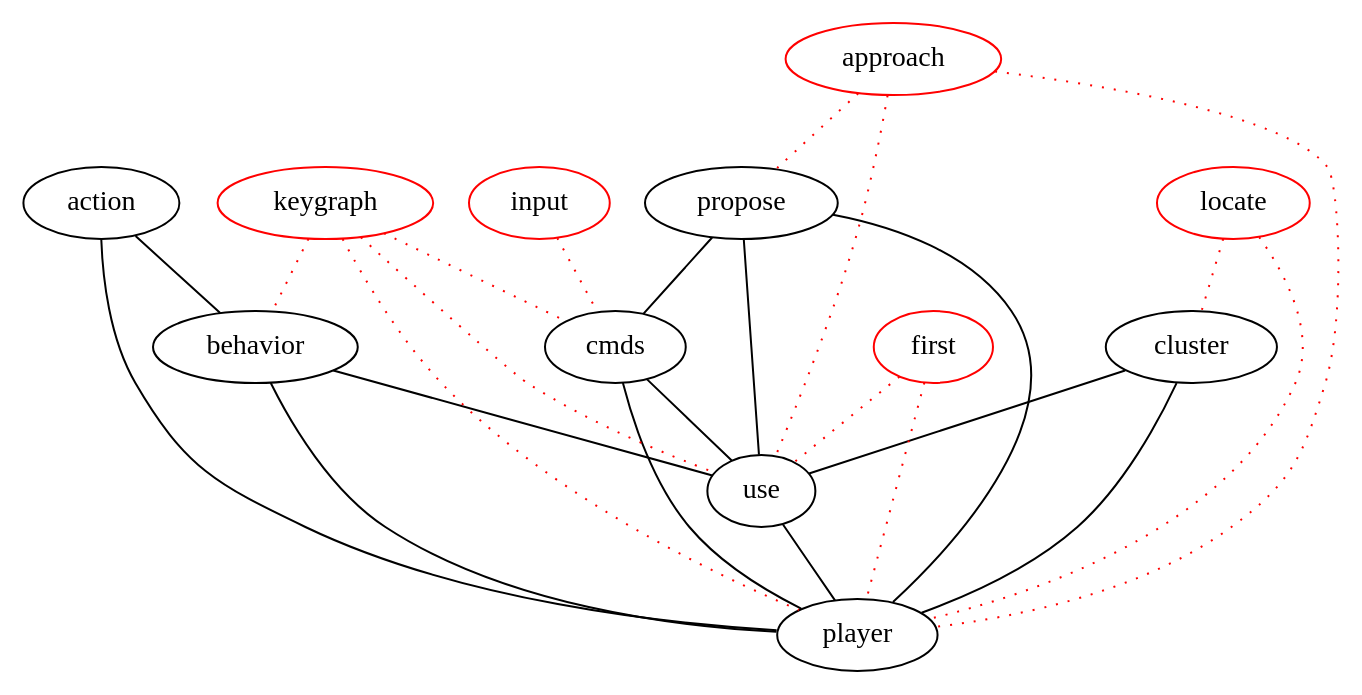
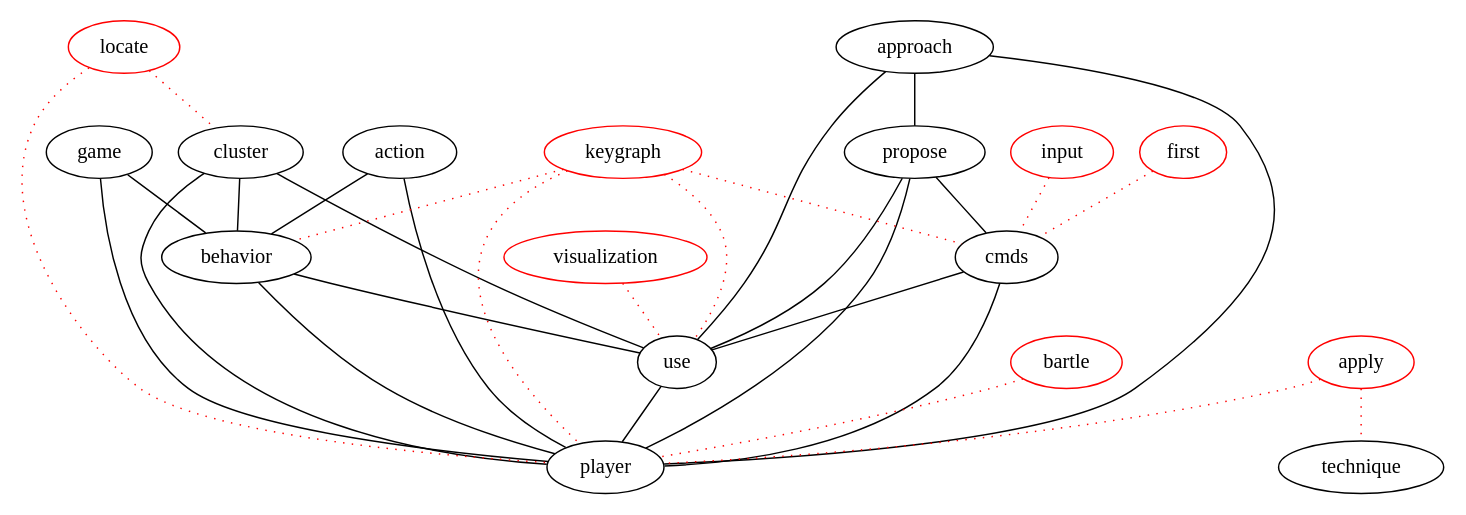
Before and after one commit to michaelweiss/keygraph: the diagram in dot/abstract.dot, drawn with Graphviz. The commit also changed 3 other files, not shown here.

```diff
--- a/dot/abstract.dot
+++ b/dot/abstract.dot
@@ -1,39 +1,49 @@
 graph keygraph {
 graph [size="10,10"]
+use [color="black"]
+action [color="black"]
+approach [color="black"]
+propose [color="black"]
+game [color="black"]
+player [color="black"]
 cmds [color="black"]
 cluster [color="black"]
-propose [color="black"]
-player [color="black"]
-use [color="black"]
 behavior [color="black"]
-action [color="black"]
+first [color="red"]
+bartle [color="red"]
+apply [color="red"]
 keygraph [color="red"]
+locate [color="red"]
 input [color="red"]
-locate [color="red"]
-approach [color="red"]
-first [color="red"]
+visualization [color="red"]
+game--behavior
+cluster--behavior
+approach--propose
+approach--use
+approach--player
 action--behavior
 propose--cmds
 propose--use
 propose--player
 behavior--use
 cluster--use
 cmds--use
 action--player
+game--player
 cluster--player
 cmds--player
 use--player
 behavior--player
-first--player [color="red", style="dotted"]
-first--use [color="red", style="dotted"]
+first--cmds [color="red", style="dotted"]
+visualization--use [color="red", style="dotted"]
+bartle--player [color="red", style="dotted"]
+locate--player [color="red", style="dotted"]
 locate--cluster [color="red", style="dotted"]
-locate--player [color="red", style="dotted"]
+apply--technique [color="red", style="dotted"]
+apply--player [color="red", style="dotted"]
+keygraph--use [color="red", style="dotted"]
+keygraph--player [color="red", style="dotted"]
 keygraph--cmds [color="red", style="dotted"]
-keygraph--player [color="red", style="dotted"]
-keygraph--use [color="red", style="dotted"]
 keygraph--behavior [color="red", style="dotted"]
 input--cmds [color="red", style="dotted"]
-approach--propose [color="red", style="dotted"]
-approach--player [color="red", style="dotted"]
-approach--use [color="red", style="dotted"]
 }
```
